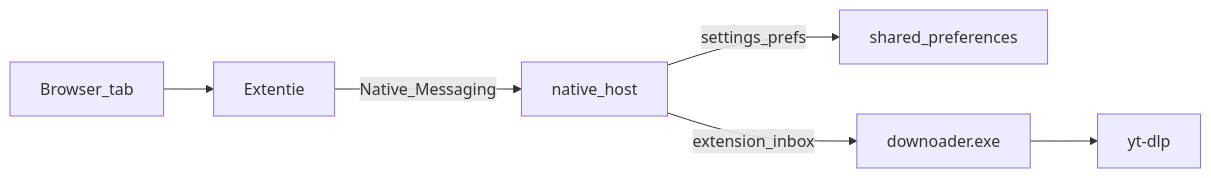
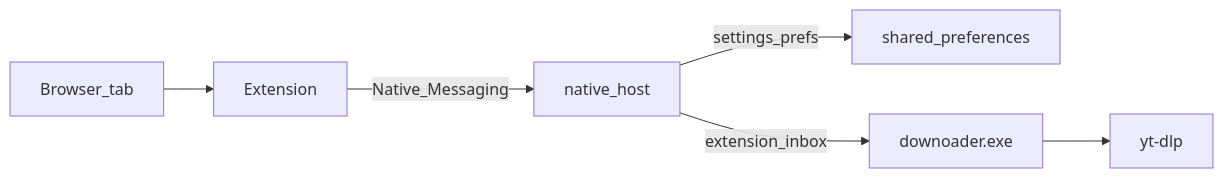
One commit to redubbledd1-ops/DDownloader changed the diagram in README.md. Above: the diagram before and after it, drawn with Mermaid. The commit also changed other lines of this file, not shown here.

````diff
--- a/README.md
+++ b/README.md
@@ -72,8 +72,8 @@
 ```mermaid
 flowchart LR
-  Tab[Browser_tab] --> Ext[Extentie]
+  Tab[Browser_tab] --> Ext[Extension]
   Ext -->|Native_Messaging| Host[native_host]
   Host -->|settings_prefs| Prefs[shared_preferences]
   Host -->|extension_inbox| App[downoader.exe]
   App --> YtDlp[yt-dlp]
 ```
````
